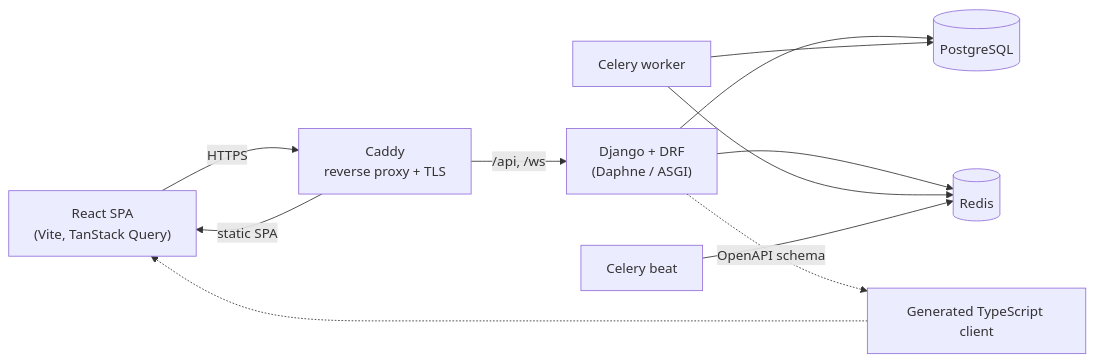
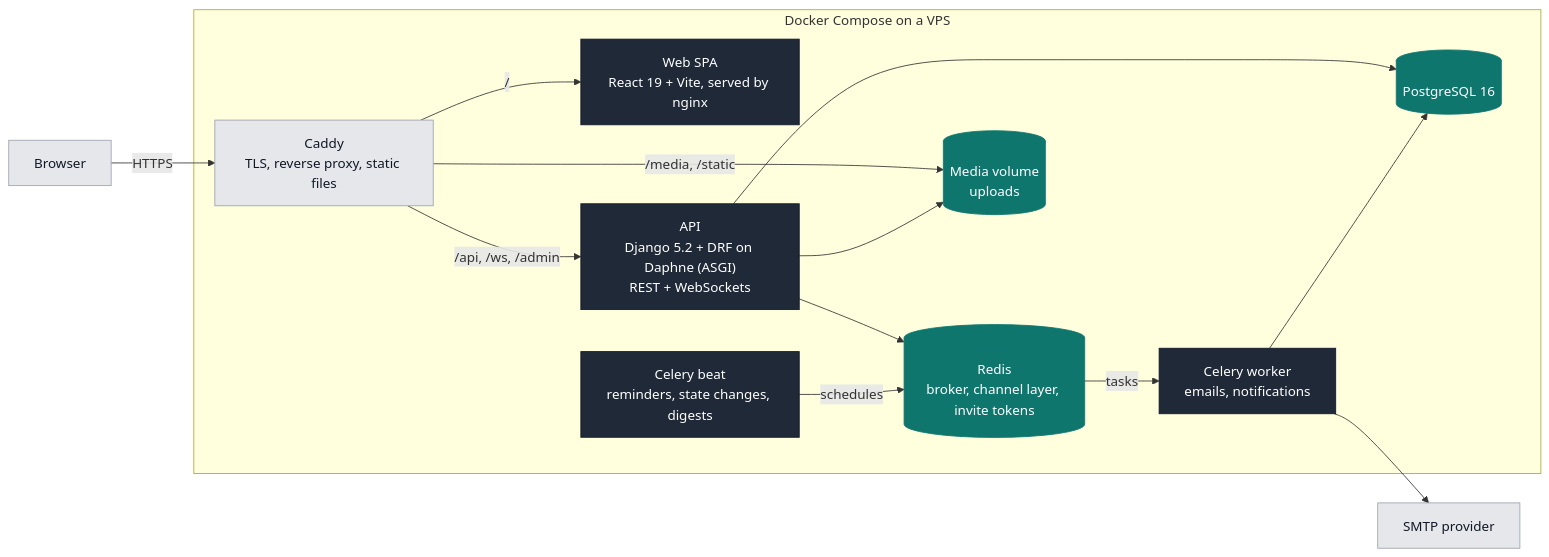
The fourth of 8 diagrams in README.md (borgebz/studioos), drawn with Mermaid before and after one commit. The commit also changed other lines of this file and 39 other files, not shown here.

````diff
--- a/README.md
+++ b/README.md
@@ -68,13 +236,31 @@
 ```mermaid
 flowchart LR
-    Browser["React SPA<br/>(Vite, TanStack Query)"] -->|HTTPS| Caddy["Caddy<br/>reverse proxy + TLS"]
-    Caddy -->|/api, /ws| API["Django + DRF<br/>(Daphne / ASGI)"]
-    Caddy -->|static SPA| Browser
-    API --> PG[(PostgreSQL)]
-    API --> Redis[(Redis)]
-    Worker["Celery worker"] --> Redis
-    Beat["Celery beat"] --> Redis
-    Worker --> PG
-    API -.->|OpenAPI schema| Client["Generated TypeScript client"]
-    Client -.-> Browser
+    classDef app fill:#1F2937,stroke:#111827,color:#fff
+    classDef store fill:#0F766E,stroke:#0F766E,color:#fff
+    classDef edge fill:#E5E7EB,stroke:#9CA3AF,color:#111827
+
+    B["Browser"]:::edge
+    subgraph VPS["Docker Compose on a VPS"]
+        CADDY["Caddy<br/>TLS, reverse proxy, static files"]:::edge
+        WEB["Web SPA<br/>React 19 + Vite, served by nginx"]:::app
+        API["API<br/>Django 5.2 + DRF on Daphne (ASGI)<br/>REST + WebSockets"]:::app
+        WORKER["Celery worker<br/>emails, notifications"]:::app
+        BEAT["Celery beat<br/>reminders, state changes, digests"]:::app
+        PG[("PostgreSQL 16")]:::store
+        REDIS[("Redis<br/>broker, channel layer, invite tokens")]:::store
+        MEDIA[("Media volume<br/>uploads")]:::store
+    end
+    SMTP["SMTP provider"]:::edge
+
+    B -->|HTTPS| CADDY
+    CADDY -->|/| WEB
+    CADDY -->|/api, /ws, /admin| API
+    CADDY -->|/media, /static| MEDIA
+    API --> PG
+    API --> REDIS
+    API --> MEDIA
+    BEAT -->|schedules| REDIS
+    REDIS -->|tasks| WORKER
+    WORKER --> PG
+    WORKER --> SMTP
 ```
````
